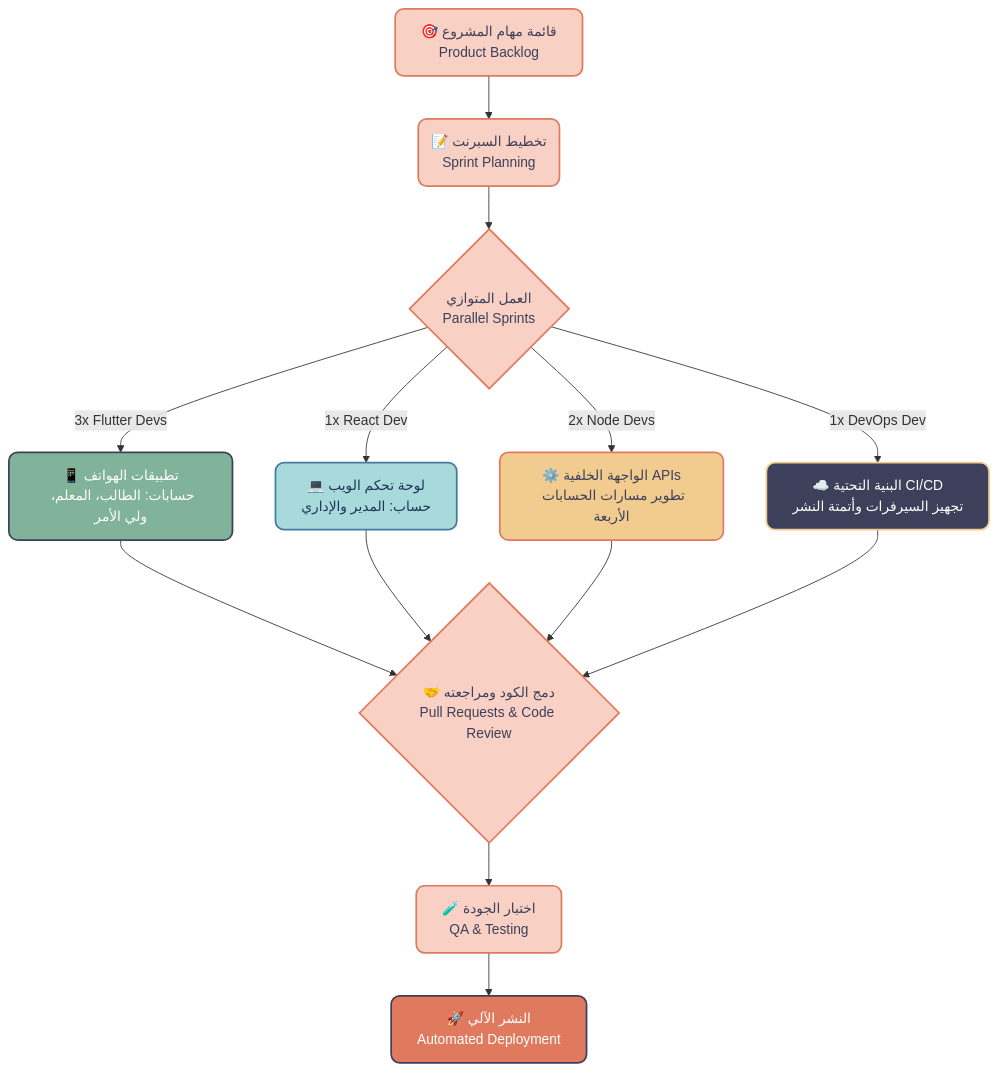
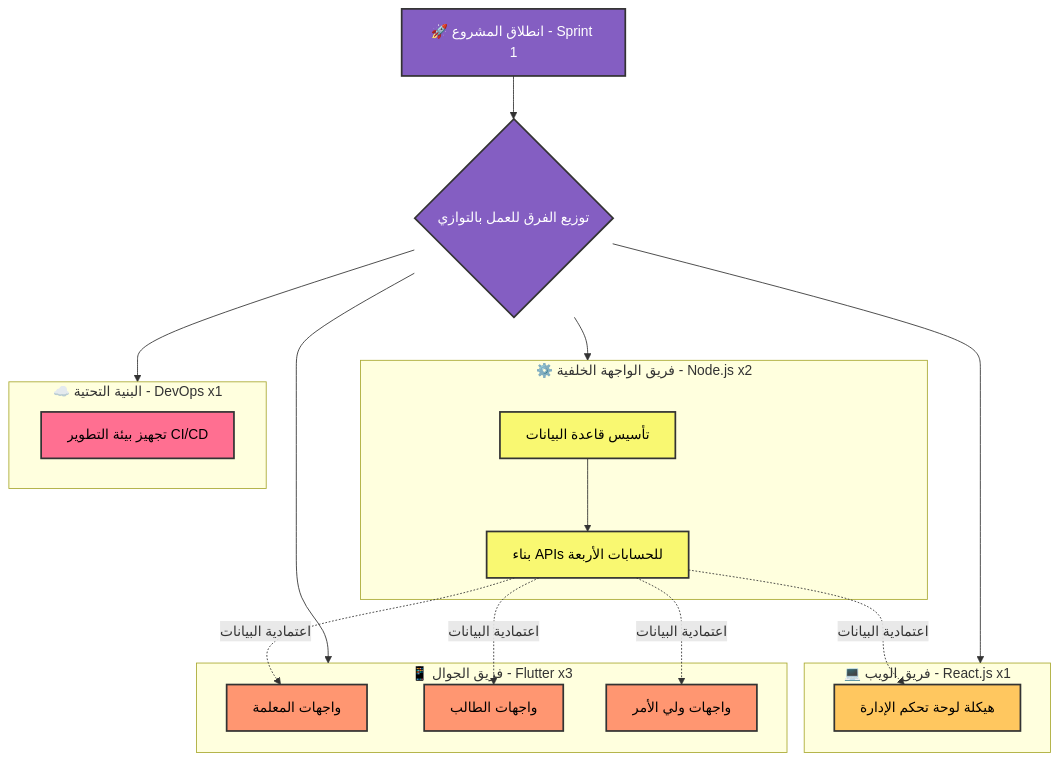
Before and after one commit to LONYCODE/mermaid: the diagram in README.md, drawn with Mermaid.

Commit message:
Enhance README with additional color definitions and structure

````diff
--- a/README.md
+++ b/README.md
@@ -1,27 +1,40 @@
 ```mermaid
 flowchart TD
-    %% تعريف الألوان والتنسيقات
-    classDef planning fill:#f9d0c4,stroke:#e07a5f,stroke-width:2px,color:#3d405b,rx:10px,ry:10px;
-    classDef flutter fill:#81b29a,stroke:#3d405b,stroke-width:2px,color:#fff,rx:10px,ry:10px;
-    classDef nodejs fill:#f2cc8f,stroke:#e07a5f,stroke-width:2px,color:#3d405b,rx:10px,ry:10px;
-    classDef react fill:#a8dadc,stroke:#457b9d,stroke-width:2px,color:#1d3557,rx:10px,ry:10px;
-    classDef devops fill:#3d405b,stroke:#f2cc8f,stroke-width:2px,color:#fff,rx:10px,ry:10px;
-    classDef goal fill:#e07a5f,stroke:#3d405b,stroke-width:2px,color:#fff,rx:10px,ry:10px;
+    classDef backend fill:#f9f871,stroke:#333,stroke-width:2px,color:#000;
+    classDef frontend fill:#ffc75f,stroke:#333,stroke-width:2px,color:#000;
+    classDef mobile fill:#ff9671,stroke:#333,stroke-width:2px,color:#000;
+    classDef devops fill:#ff6f91,stroke:#333,stroke-width:2px,color:#000;
+    classDef main fill:#845ec2,stroke:#333,stroke-width:2px,color:#fff;
 
-    A[🎯 قائمة مهام المشروع<br>Product Backlog]:::planning --> B(📝 تخطيط السبرنت<br>Sprint Planning):::planning
+    A[🚀 انطلاق المشروع - Sprint 1]:::main --> B{توزيع الفرق للعمل بالتوازي}:::main
 
-    B --> C{العمل المتوازي<br>Parallel Sprints}:::planning
+    subgraph Backend [⚙️ فريق الواجهة الخلفية - Node.js x2]
+        N1[تأسيس قاعدة البيانات]:::backend
+        N2[بناء APIs للحسابات الأربعة]:::backend
+        N1 --> N2
+    end
 
-    C -->|3x Flutter Devs| D[📱 تطبيقات الهواتف<br>حسابات: الطالب، المعلم، ولي الأمر]:::flutter
-    C -->|1x React Dev| E[💻 لوحة تحكم الويب<br>حساب: المدير والإداري]:::react
-    C -->|2x Node Devs| F[⚙️ الواجهة الخلفية APIs<br>تطوير مسارات الحسابات الأربعة]:::nodejs
-    C -->|1x DevOps Dev| G[☁️ البنية التحتية CI/CD<br>تجهيز السيرفرات وأتمتة النشر]:::devops
+    subgraph Web [💻 فريق الويب - React.js x1]
+        R1[هيكلة لوحة تحكم الإدارة]:::frontend
+    end
 
-    D --> H{🤝 دمج الكود ومراجعته<br>Pull Requests & Code Review}:::planning
-    E --> H
-    F --> H
-    G --> H
+    subgraph Mobile [📱 فريق الجوال - Flutter x3]
+        F1[واجهات المعلمة]:::mobile
+        F2[واجهات الطالب]:::mobile
+        F3[واجهات ولي الأمر]:::mobile
+    end
 
-    H --> I[🧪 اختبار الجودة<br>QA & Testing]:::planning
-    I --> J[🚀 النشر الآلي<br>Automated Deployment]:::goal
+    subgraph DevOps [☁️ البنية التحتية - DevOps x1]
+        D1[تجهيز بيئة التطوير CI/CD]:::devops
+    end
+
+    B --> Backend
+    B --> Web
+    B --> Mobile
+    B --> DevOps
+
+    N2 -.->|اعتمادية البيانات| R1
+    N2 -.->|اعتمادية البيانات| F1
+    N2 -.->|اعتمادية البيانات| F2
+    N2 -.->|اعتمادية البيانات| F3
 ```
````
